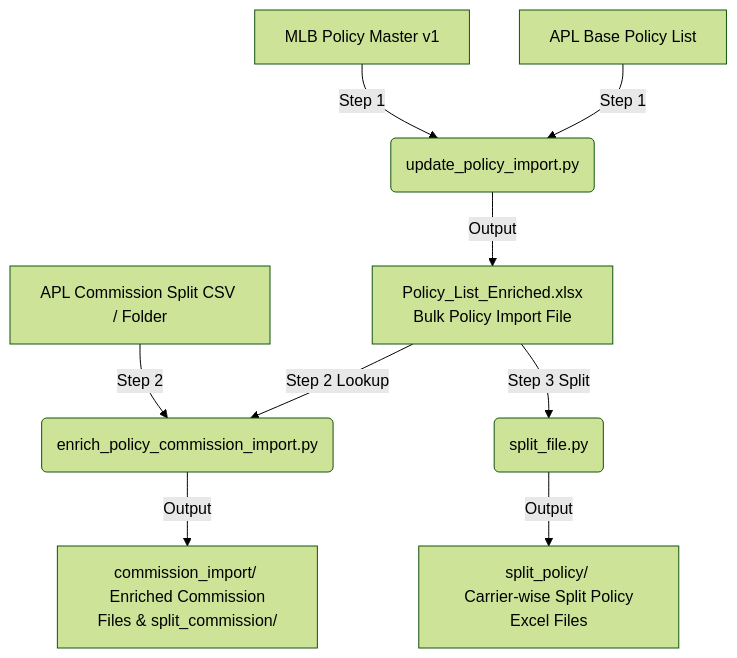
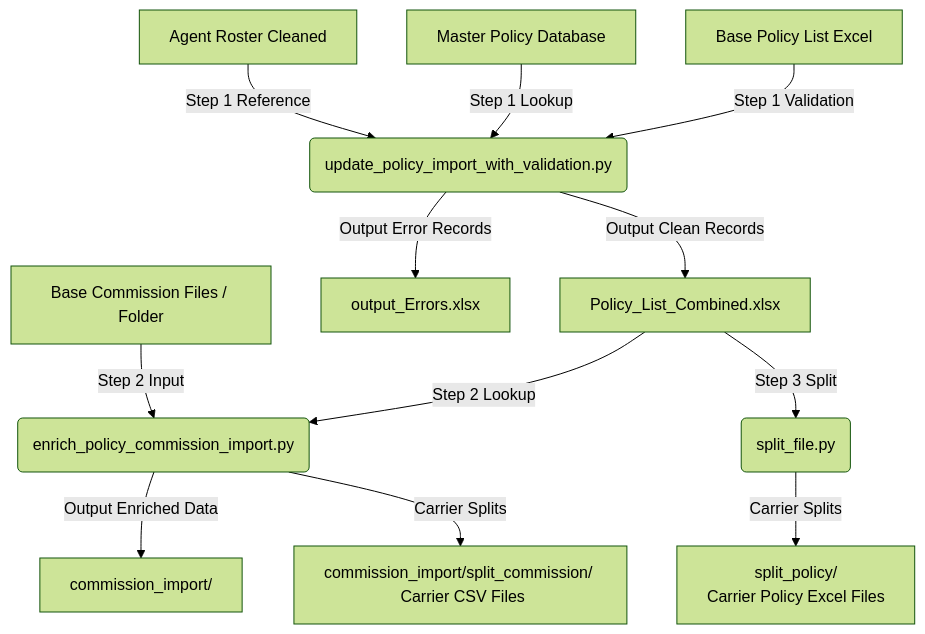
One commit to nirmalk-pieq/pieq-file-import-extraction changed the diagram in README.md. Above: the diagram before and after it, drawn with Mermaid (forest theme). The commit also changed other lines of this file, not shown here.

````diff
--- a/README.md
+++ b/README.md
@@ -10,13 +78,18 @@
 ```mermaid
 graph TD
-    A[APL Base Policy List] -->|Step 1| C(update_policy_import.py)
-    B[MLB Policy Master v1] -->|Step 1| C
-    C -->|Output| D[Policy_List_Enriched.xlsx <br/> Bulk Policy Import File]
+    A[Base Policy List Excel] -->|Step 1 Validation| C(update_policy_import_with_validation.py)
+    B[Master Policy Database] -->|Step 1 Lookup| C
+    R[Agent Roster Cleaned] -->|Step 1 Reference| C
+    
+    C -->|Output Clean Records| D[Policy_List_Combined.xlsx]
+    C -->|Output Error Records| E[output_Errors.xlsx]
     
     D -->|Step 2 Lookup| F(enrich_policy_commission_import.py)
-    E[APL Commission Split CSV / Folder] -->|Step 2| F
-    F -->|Output| G[commission_import/ <br/> Enriched Commission Files & split_commission/]
+    G[Base Commission Files / Folder] -->|Step 2 Input| F
     
-    D -->|Step 3 Split| H(split_file.py)
-    H -->|Output| I[split_policy/ <br/> Carrier-wise Split Policy Excel Files]
+    F -->|Output Enriched Data| H[commission_import/]
+    F -->|Carrier Splits| I[commission_import/split_commission/ <br/> Carrier CSV Files]
+    
+    D -->|Step 3 Split| J(split_file.py)
+    J -->|Carrier Splits| K[split_policy/ <br/> Carrier Policy Excel Files]
 ```
````
